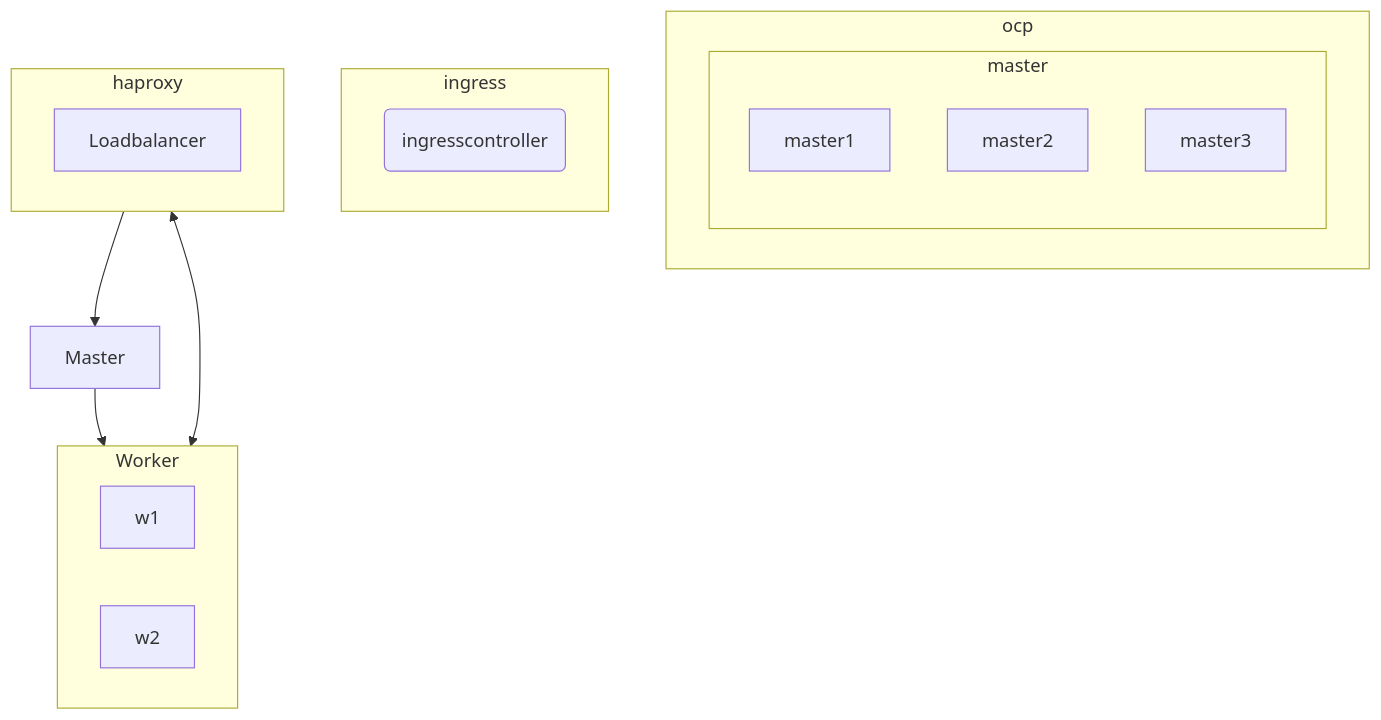
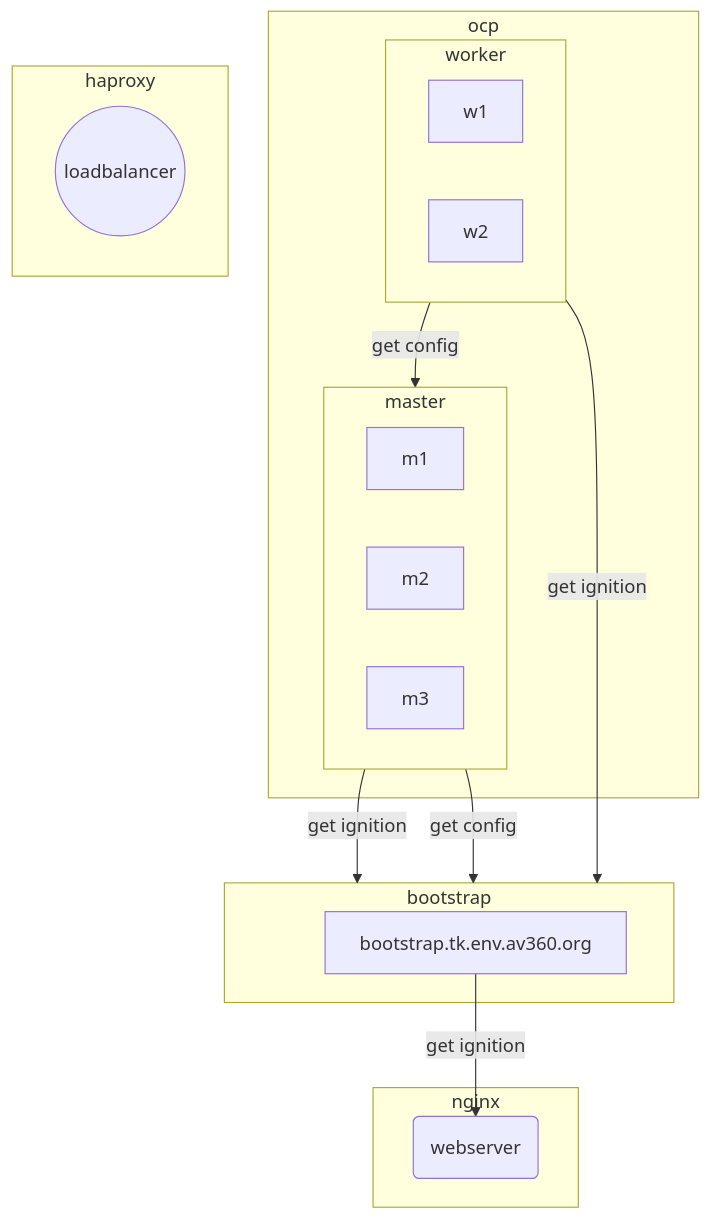
One commit to tkops/ocp4 changed the diagram in README.md. Above: the diagram before and after it, drawn with Mermaid.

````diff
--- a/README.md
+++ b/README.md
@@ -3,22 +3,27 @@
 ```mermaid
-flowchart TB
+flowchart TD
     subgraph ocp
        subgraph master
-           m1[master1]
-           m2[master2];m3[master3];
+           m1;m2;m3
+        end
+        subgraph worker
+          w1;w2
         end
     end
-    subgraph ingress
-      i1(ingresscontroller)
+    subgraph bootstrap
+      b1[bootstrap.tk.env.av360.org]
     end
     subgraph haproxy
-    b1[Loadbalancer]
+      h1((loadbalancer))
     end
-    subgraph Worker
-    w1;w2
+    subgraph nginx
+      n1(webserver)
     end
-    Master --> Worker
-    haproxy --> Master
-    haproxy <--> Worker
+    b1 --get ignition--> n1
+    master --get ignition--> bootstrap
+    master --get config--> bootstrap
+    worker --get ignition--> bootstrap
+    worker --get config--> master
+
     
 ```
````
